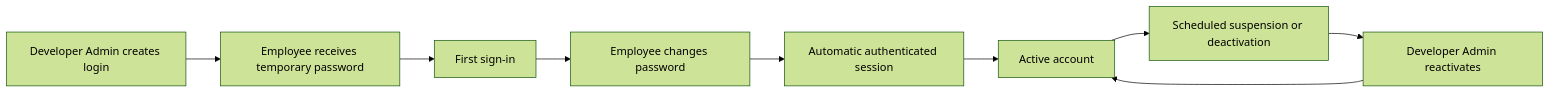
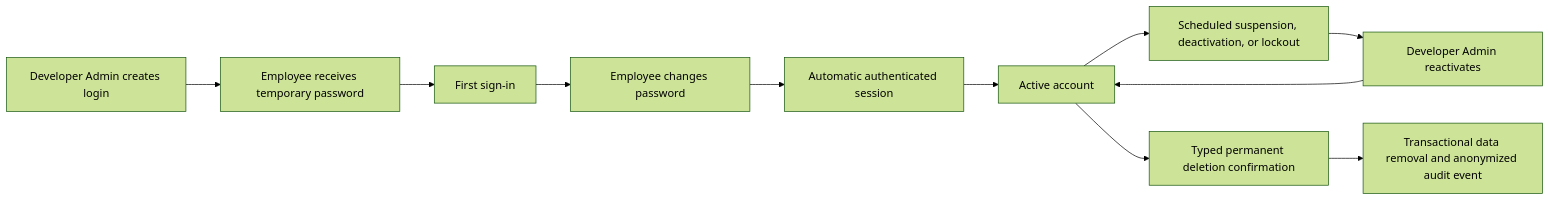
Before and after one commit to Sameerreddy-ATD/Atd-Hrms: the first of 3 diagrams in docs/OPERATIONS_AND_WORKFLOWS.md, drawn with Mermaid (forest theme). The commit also changed other lines of this file and 10 other files, not shown here.

````diff
--- a/docs/OPERATIONS_AND_WORKFLOWS.md
+++ b/docs/OPERATIONS_AND_WORKFLOWS.md
@@ -19,11 +19,13 @@
 ```mermaid
 flowchart LR
   A["Developer Admin creates login"] --> B["Employee receives temporary password"]
   B --> C["First sign-in"]
   C --> D["Employee changes password"]
   D --> E["Automatic authenticated session"]
   E --> F["Active account"]
-  F --> G["Scheduled suspension or deactivation"]
+  F --> G["Scheduled suspension, deactivation, or lockout"]
   G --> H["Developer Admin reactivates"]
   H --> F
+  F --> I["Typed permanent deletion confirmation"]
+  I --> J["Transactional data removal and anonymized audit event"]
 ```
````
